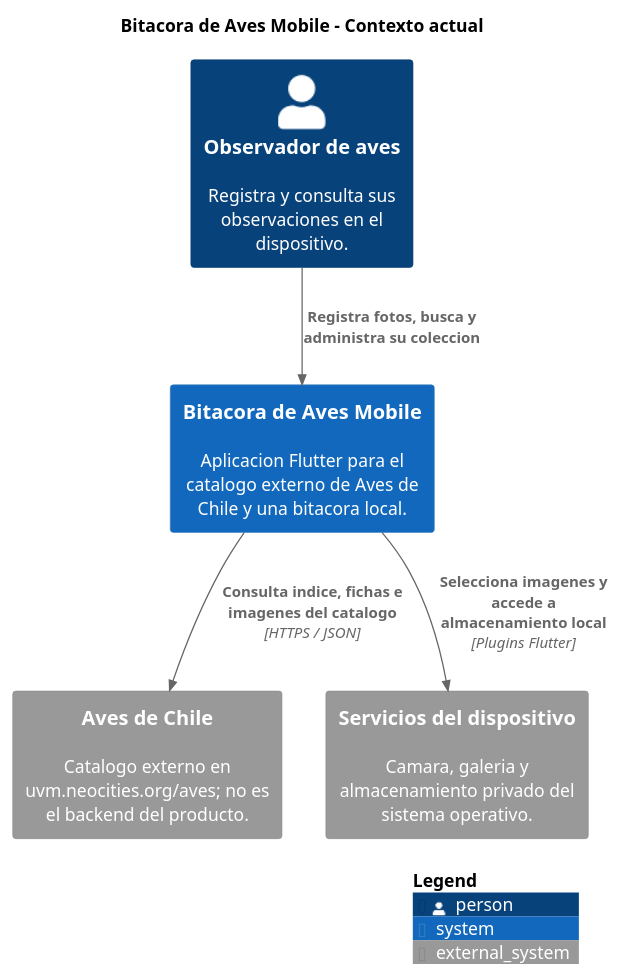
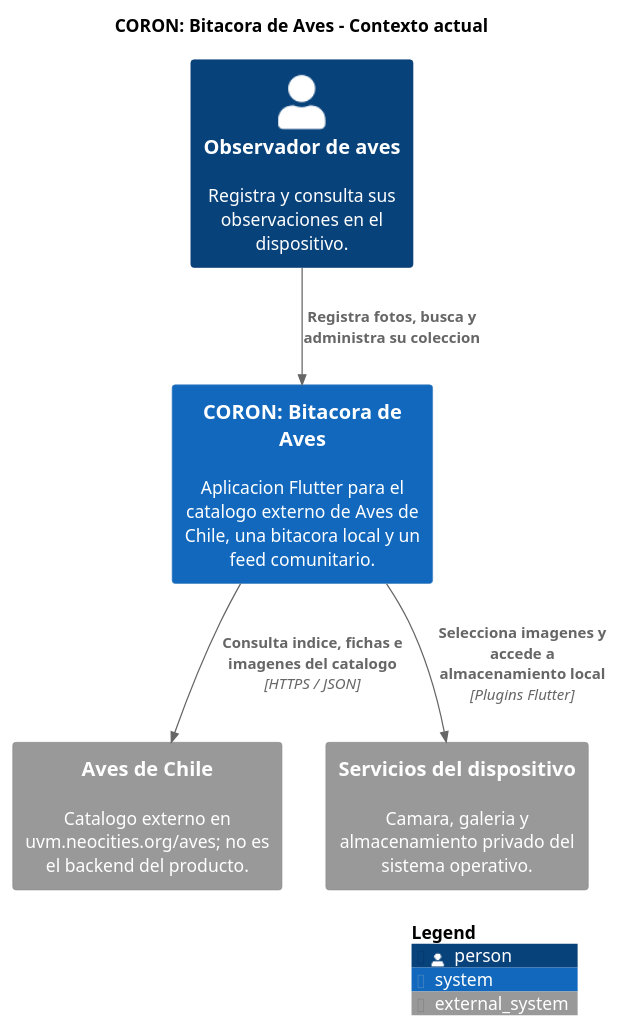
The diagram in mobile/docs/modules/ROOT/partials/mobile-c4-context.puml (cinfuvm/2026_ProyectoAves), drawn with PlantUML before and after one commit. The commit also changed 18 other files, not shown here.

First line of the commit message:
feat: el producto pasa a llamarse CORON: Bitacora de Aves

```diff
--- a/mobile/docs/modules/ROOT/partials/mobile-c4-context.puml
+++ b/mobile/docs/modules/ROOT/partials/mobile-c4-context.puml
@@ -1,16 +1,16 @@
 @startuml
 !includeurl https://raw.githubusercontent.com/plantuml-stdlib/C4-PlantUML/release/v2.12.0/C4_Context.puml
 
-title Bitacora de Aves Mobile - Contexto actual
+title CORON: Bitacora de Aves - Contexto actual
 
 Person(usuario, "Observador de aves", "Registra y consulta sus observaciones en el dispositivo.")
-System(mobile, "Bitacora de Aves Mobile", "Aplicacion Flutter para el catalogo externo de Aves de Chile y una bitacora local.")
+System(mobile, "CORON: Bitacora de Aves", "Aplicacion Flutter para el catalogo externo de Aves de Chile, una bitacora local y un feed comunitario.")
 System_Ext(aveschile, "Aves de Chile", "Catalogo externo en uvm.neocities.org/aves; no es el backend del producto.")
 System_Ext(so, "Servicios del dispositivo", "Camara, galeria y almacenamiento privado del sistema operativo.")
 
 Rel(usuario, mobile, "Registra fotos, busca y administra su coleccion")
 Rel(mobile, aveschile, "Consulta indice, fichas e imagenes del catalogo", "HTTPS / JSON")
 Rel(mobile, so, "Selecciona imagenes y accede a almacenamiento local", "Plugins Flutter")
 
 SHOW_LEGEND()
 @enduml
```
